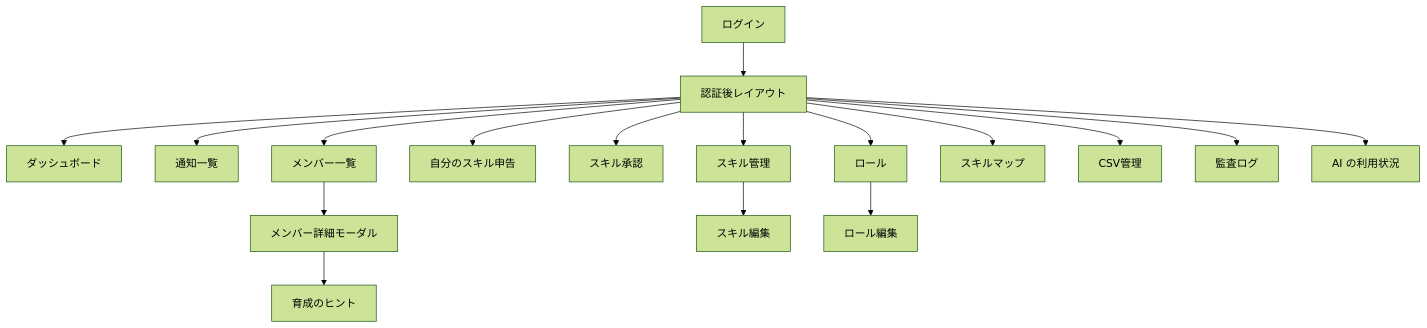
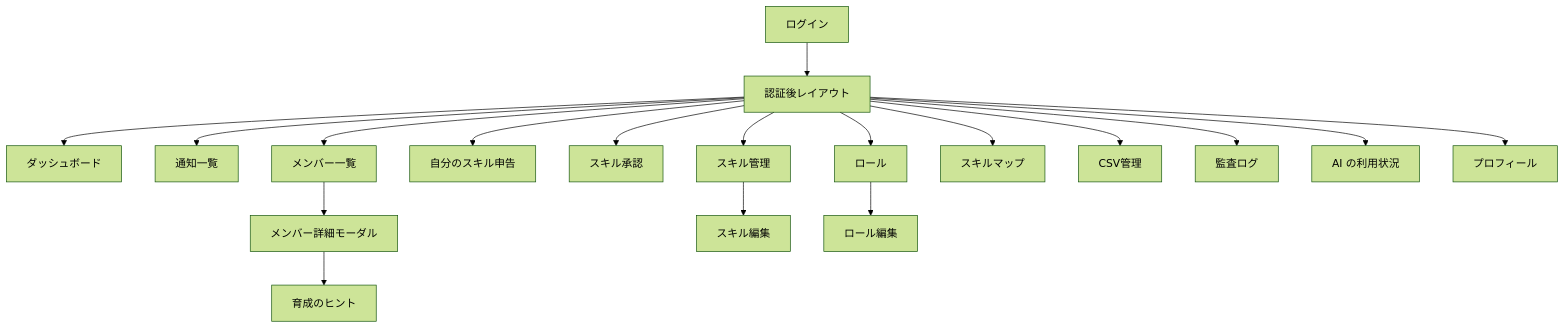
Before and after one commit to yoshiki-mizuho/Beijing-Talentmanegement: the first of 6 diagrams in docs/SCREEN_AND_FLOW.md, drawn with Mermaid (forest theme). The commit also changed other lines of this file and 5 other files, not shown here.

````diff
--- a/docs/SCREEN_AND_FLOW.md
+++ b/docs/SCREEN_AND_FLOW.md
@@ -34,19 +35,20 @@
 ```mermaid
 flowchart TD
   Login[ログイン] --> App[認証後レイアウト]
   App --> Dashboard[ダッシュボード]
   App --> Notifications[通知一覧]
   App --> Members[メンバー一覧]
   Members --> MemberDetail[メンバー詳細モーダル]
   App --> MySkills[自分のスキル申告]
   App --> SkillApprovals[スキル承認]
   App --> Skills[スキル管理]
   Skills --> SkillEdit[スキル編集]
   App --> Roles[ロール]
   Roles --> RoleEdit[ロール編集]
   App --> SkillMap[スキルマップ]
   App --> Csv[CSV管理]
   App --> Audit[監査ログ]
   MemberDetail --> GrowthHints[育成のヒント]
   App --> AiUsage[AI の利用状況]
+  App --> Profile[プロフィール]
 ```
````
